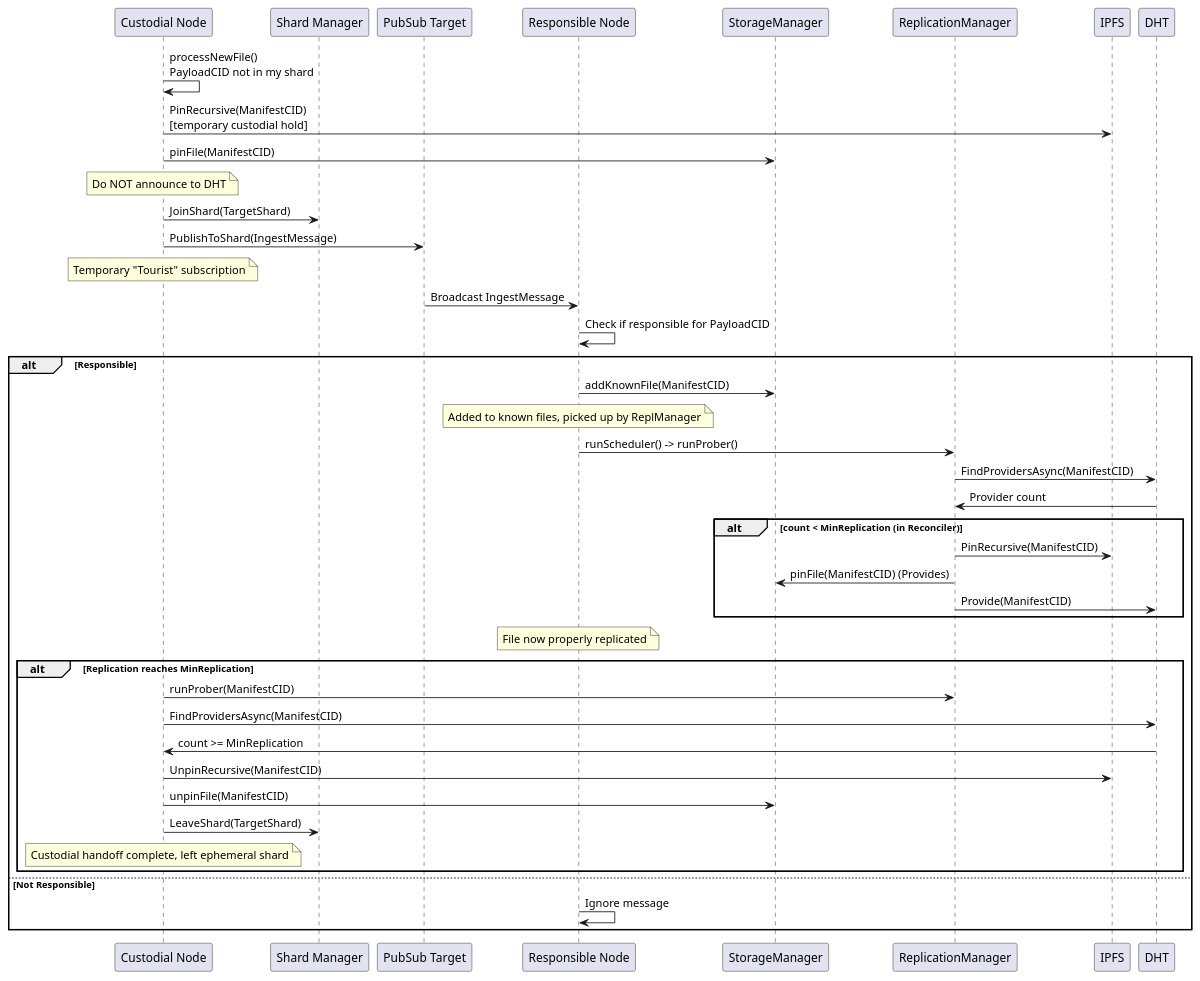
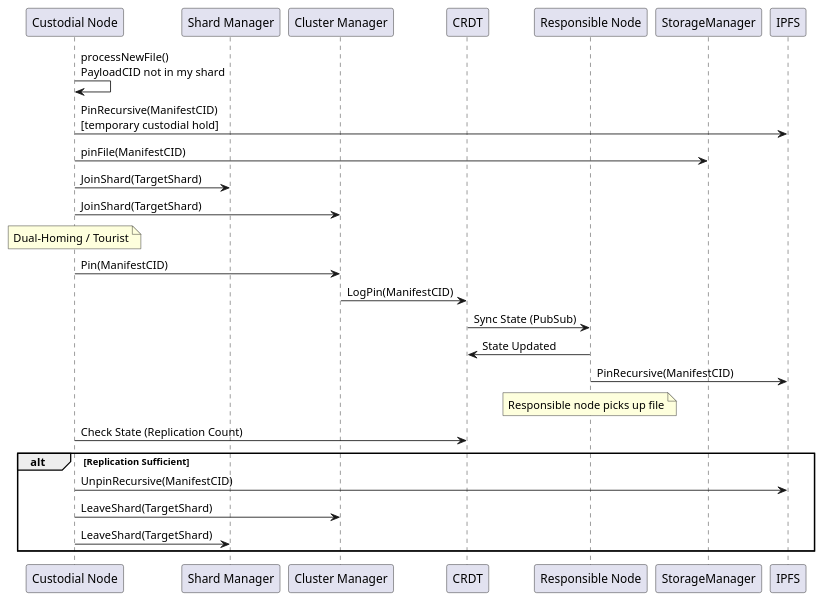
Before and after one commit to gipplab/D-LOCKSS: the diagram in docs/custodial_handoff_sequence.puml, drawn with PlantUML. The commit also changed 23 other files, not shown here.

Commit message:
added ipfs cluster as replication manager

```diff
--- a/docs/custodial_handoff_sequence.puml
+++ b/docs/custodial_handoff_sequence.puml
@@ -1,52 +1,34 @@
 @startuml Custodial Handoff Sequence (Tourist Pattern)
 
 participant "Custodial Node" as Custodial
 participant "Shard Manager" as ShardMgr
-participant "PubSub Target" as PubSub
+participant "Cluster Manager" as ClusterMgr
+participant "CRDT" as CRDT
 participant "Responsible Node" as Responsible
 participant "StorageManager" as Storage
-participant "ReplicationManager" as ReplMgr
 participant "IPFS" as IPFS
-participant "DHT" as DHT
 
 Custodial -> Custodial: processNewFile()\nPayloadCID not in my shard
 Custodial -> IPFS: PinRecursive(ManifestCID)\n[temporary custodial hold]
 Custodial -> Storage: pinFile(ManifestCID)
-Note over Custodial: Do NOT announce to DHT
 
 Custodial -> ShardMgr: JoinShard(TargetShard)
-Custodial -> PubSub: PublishToShard(IngestMessage)
-Note over Custodial: Temporary "Tourist" subscription
+Custodial -> ClusterMgr: JoinShard(TargetShard)
+Note over Custodial: Dual-Homing / Tourist
 
-PubSub -> Responsible: Broadcast IngestMessage
-Responsible -> Responsible: Check if responsible for PayloadCID
+Custodial -> ClusterMgr: Pin(ManifestCID)
+ClusterMgr -> CRDT: LogPin(ManifestCID)
+CRDT -> Responsible: Sync State (PubSub)
 
-alt Responsible
-    Responsible -> Storage: addKnownFile(ManifestCID)
-    Note over Responsible: Added to known files, picked up by ReplManager
-    Responsible -> ReplMgr: runScheduler() -> runProber()
-    ReplMgr -> DHT: FindProvidersAsync(ManifestCID)
-    DHT -> ReplMgr: Provider count
-    
-    alt count < MinReplication (in Reconciler)
-        ReplMgr -> IPFS: PinRecursive(ManifestCID)
-        ReplMgr -> Storage: pinFile(ManifestCID) (Provides)
-        ReplMgr -> DHT: Provide(ManifestCID)
-    end
-    
-    Note over Responsible: File now properly replicated
-    
-    alt Replication reaches MinReplication
-        Custodial -> ReplMgr: runProber(ManifestCID)
-        Custodial -> DHT: FindProvidersAsync(ManifestCID)
-        DHT -> Custodial: count >= MinReplication
-        Custodial -> IPFS: UnpinRecursive(ManifestCID)
-        Custodial -> Storage: unpinFile(ManifestCID)
-        Custodial -> ShardMgr: LeaveShard(TargetShard)
-        Note over Custodial: Custodial handoff complete, left ephemeral shard
-    end
-else Not Responsible
-    Responsible -> Responsible: Ignore message
+Responsible -> CRDT: State Updated
+Responsible -> IPFS: PinRecursive(ManifestCID)
+Note over Responsible: Responsible node picks up file
+
+Custodial -> CRDT: Check State (Replication Count)
+alt Replication Sufficient
+    Custodial -> IPFS: UnpinRecursive(ManifestCID)
+    Custodial -> ClusterMgr: LeaveShard(TargetShard)
+    Custodial -> ShardMgr: LeaveShard(TargetShard)
 end
 
 @enduml
```
